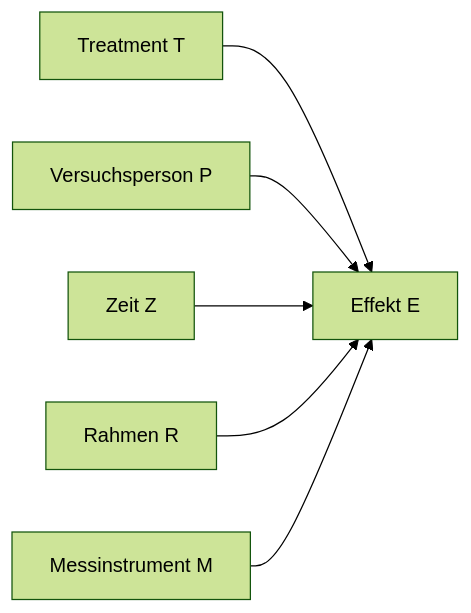
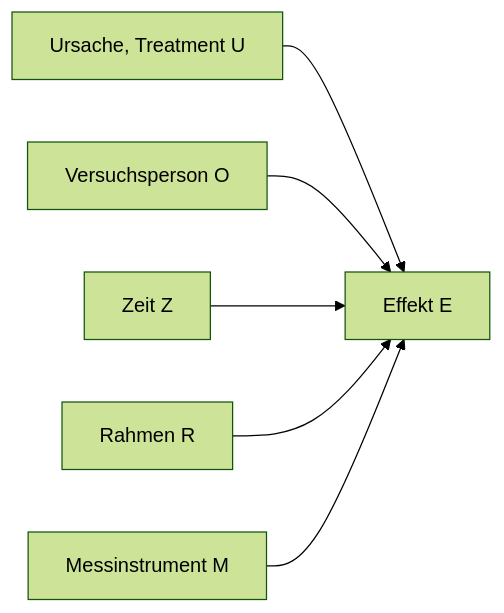
One commit to sebastiansauer/fopra changed the second of 10 diagrams in 050-Explikation.qmd. Above: the diagram before and after it, drawn with Mermaid (forest theme). The commit also changed other lines of this file and 2 other files, not shown here.

````diff
--- a/050-Explikation.qmd
+++ b/050-Explikation.qmd
@@ -216,11 +216,11 @@
 ```{mermaid}
 %%| label: fig-effekt
 %%| fig-cap: Die fünf Determinanten eines Effekts
 graph LR
-T[Treatment T] --> E[Effekt E]
-VP[Versuchsperson P] --> E
+U[Ursache, Treatment U] --> E[Effekt E]
+O[Versuchsperson O] --> E
 Z[Zeit Z] --> E
 R[Rahmen R] --> E
 M[Messinstrument M] --> E
 
 ```
````
